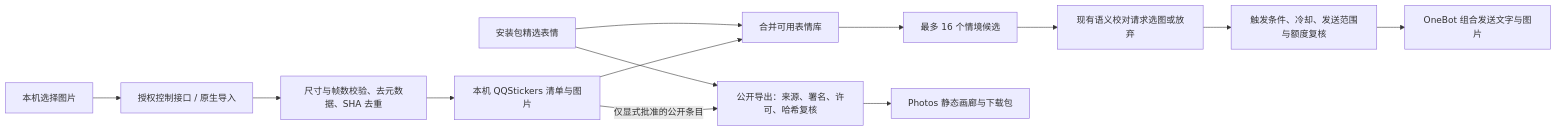
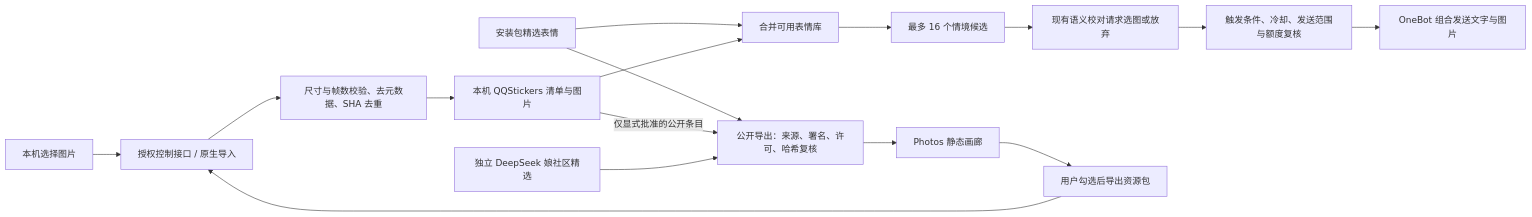
The diagram in docs/PHOTO_GALLERY.md (SAKURAfan1023/dafeiyu-bot), drawn with Mermaid before and after one commit. The commit also changed other lines of this file and 115 other files, not shown here.

Commit message:
Add DeepSeek-only community sticker selection and pack import; refine sidebar

````diff
--- a/docs/PHOTO_GALLERY.md
+++ b/docs/PHOTO_GALLERY.md
@@ -16,15 +24,18 @@
 ```mermaid
 flowchart LR
   A[本机选择图片] --> B[授权控制接口 / 原生导入]
   B --> C[尺寸与帧数校验、去元数据、SHA 去重]
   C --> D[本机 QQStickers 清单与图片]
   E[安装包精选表情] --> F[合并可用表情库]
   D --> F
   F --> G[最多 16 个情境候选]
   G --> H[现有语义校对请求选图或放弃]
   H --> I[触发条件、冷却、发送范围与额度复核]
   I --> J[OneBot 组合发送文字与图片]
   E --> K[公开导出：来源、署名、许可、哈希复核]
   D -->|仅显式批准的公开条目| K
-  K --> L[Photos 静态画廊与下载包]
+  M[独立 DeepSeek 娘社区精选] --> K
+  K --> L[Photos 静态画廊]
+  L --> N[用户勾选后导出资源包]
+  N --> B
 ```
````
